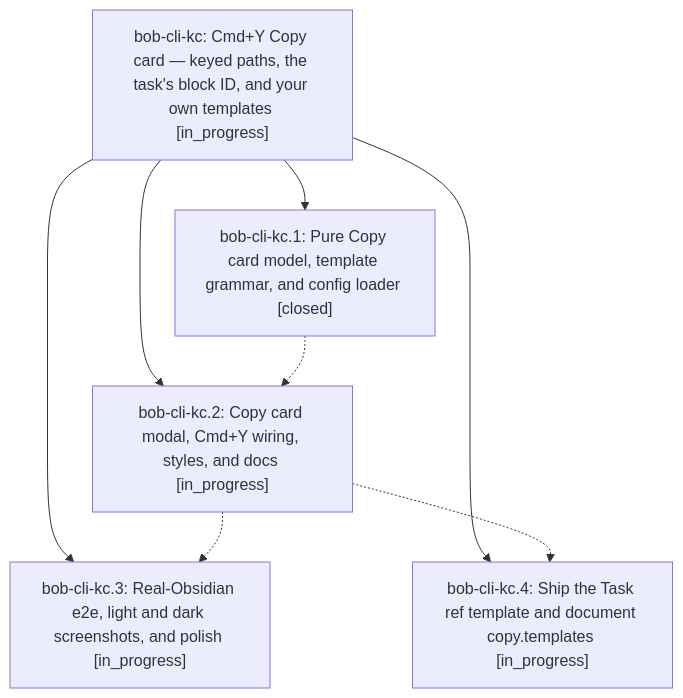
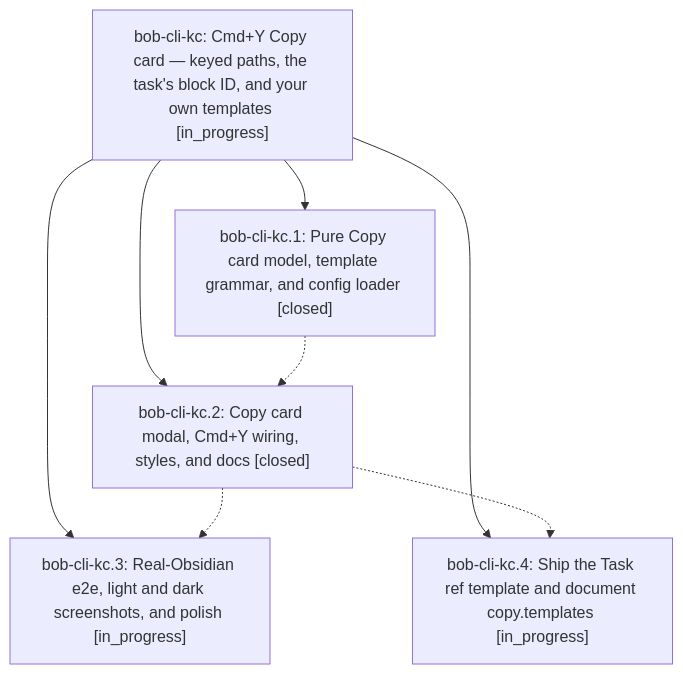
The diagram in pages/bob-cli-kc/README.md (bobs-org/bob-cli--beads), drawn with Mermaid before and after one commit. The commit also changed other lines of this file and 4 other files, not shown here.

First line of the commit message:
chore(beads): sync bead state and pages for bob-cli-kc

````diff
--- a/pages/bob-cli-kc/README.md
+++ b/pages/bob-cli-kc/README.md
@@ -25,15 +25,15 @@
 ```mermaid
 flowchart TD
     n0["bob-cli-kc: Cmd+Y Copy card — keyed paths, the task's block ID, and your own templates [in_progress]"]
     n1["bob-cli-kc.1: Pure Copy card model, template grammar, and config loader [closed]"]
-    n2["bob-cli-kc.2: Copy card modal, Cmd+Y wiring, styles, and docs [in_progress]"]
+    n2["bob-cli-kc.2: Copy card modal, Cmd+Y wiring, styles, and docs [closed]"]
     n3["bob-cli-kc.3: Real-Obsidian e2e, light and dark screenshots, and polish [in_progress]"]
     n4["bob-cli-kc.4: Ship the Task ref template and document copy.templates [in_progress]"]
     n0 --> n1
     n0 --> n2
     n0 --> n3
     n0 --> n4
     n1 -.-> n2
     n2 -.-> n3
     n2 -.-> n4
 ```
````
